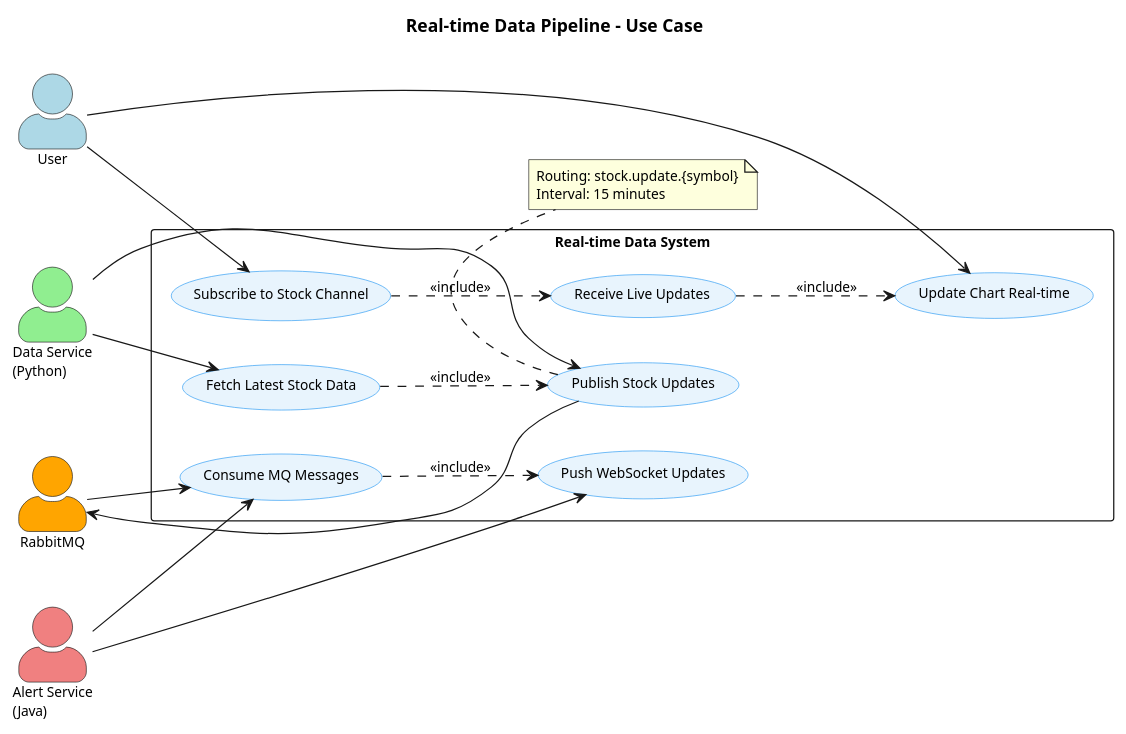
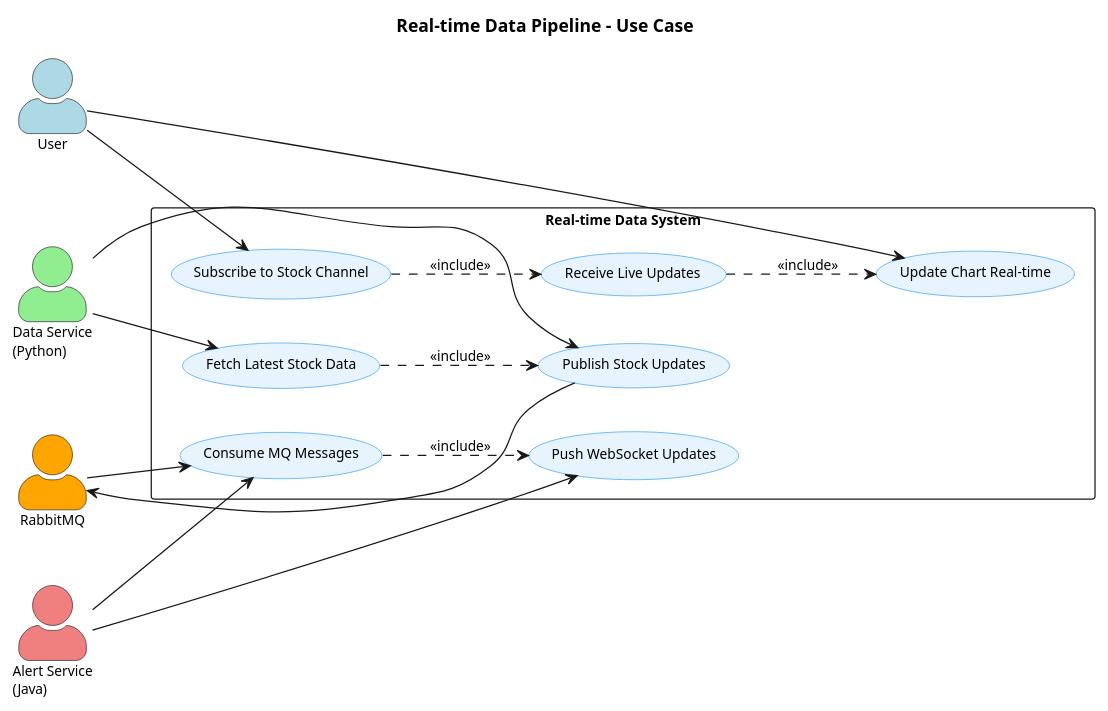
Before and after one commit to enel2906/graduation-thesis-diagram: the diagram in user-case-diagram/07-realtime-system-use-case.puml, drawn with PlantUML. The commit also changed 38 other files, not shown here.

```diff
--- a/user-case-diagram/07-realtime-system-use-case.puml
+++ b/user-case-diagram/07-realtime-system-use-case.puml
@@ -1,48 +1,44 @@
 @startuml Real-time System Use Case
 skinparam backgroundColor white
 skinparam actorStyle awesome
 skinparam packageStyle rectangle
 skinparam defaultFontName Arial
 skinparam defaultFontSize 11
 skinparam usecaseBackgroundColor #E8F4FD
 skinparam usecaseBorderColor #2196F3
 
 title Real-time Data Pipeline - Use Case
 
 left to right direction
 
 actor "User" as User #LightBlue
 actor "Data Service\n(Python)" as DataService #LightGreen
 actor "RabbitMQ" as RabbitMQ #Orange
 actor "Alert Service\n(Java)" as AlertService #LightCoral
 
 rectangle "Real-time Data System" {
     usecase "Fetch Latest Stock Data" as UC1
     usecase "Publish Stock Updates" as UC2
     usecase "Consume MQ Messages" as UC3
     usecase "Push WebSocket Updates" as UC4
     usecase "Subscribe to Stock Channel" as UC5
     usecase "Receive Live Updates" as UC6
     usecase "Update Chart Real-time" as UC7
     
     UC1 ..> UC2 : <<include>>
     UC3 ..> UC4 : <<include>>
     UC5 ..> UC6 : <<include>>
     UC6 ..> UC7 : <<include>>
 }
 
 DataService --> UC1
 DataService --> UC2
 RabbitMQ <-- UC2
 RabbitMQ --> UC3
 AlertService --> UC3
 AlertService --> UC4
 User --> UC5
 User --> UC7
 
-note bottom of UC2
-  Routing: stock.update.{symbol}
-  Interval: 15 minutes
-end note
 
 @enduml
```
